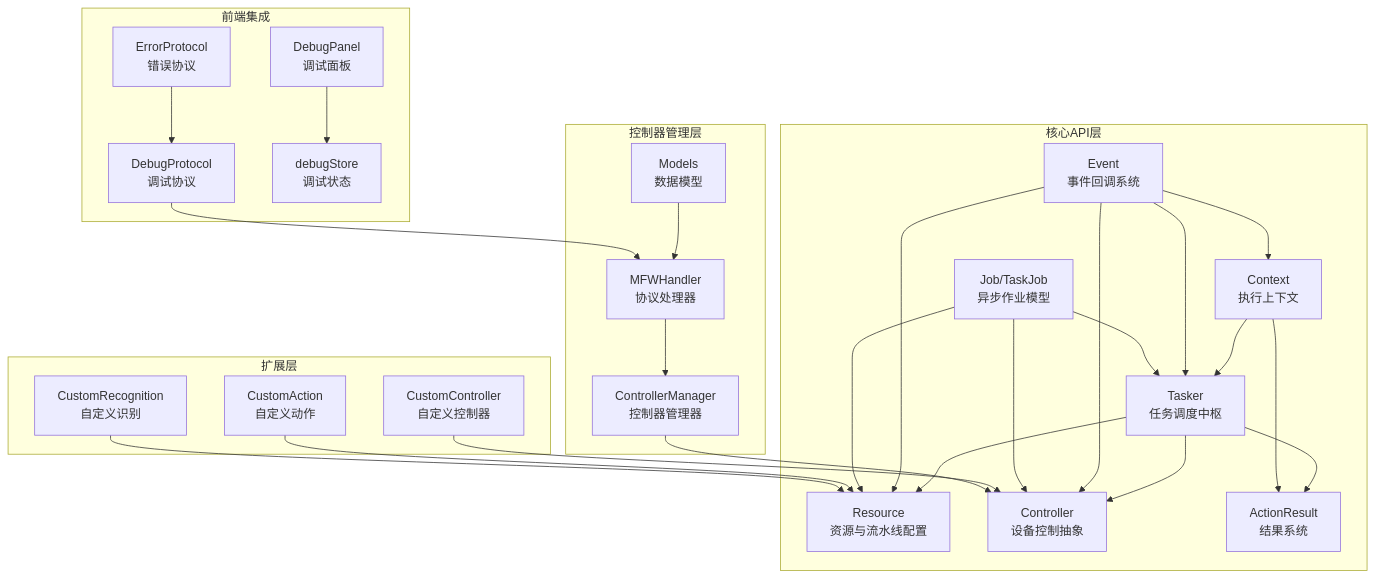
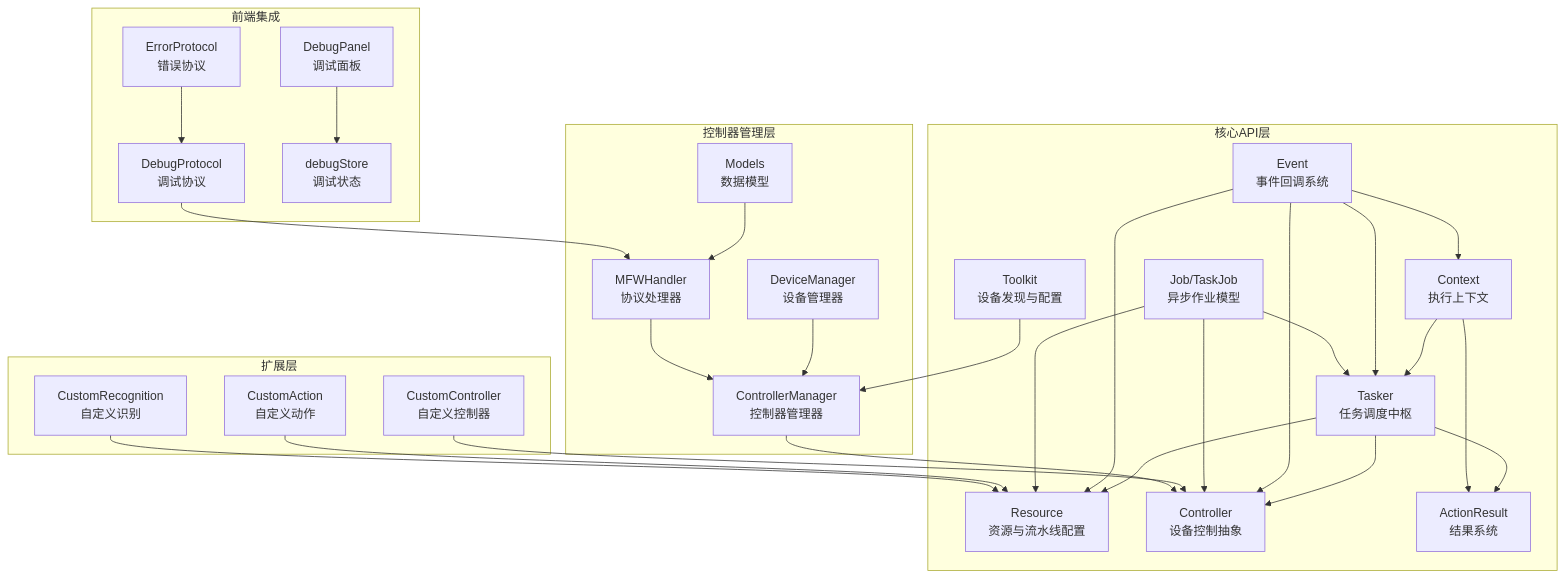
One commit to kqcoxn/MaaPipelineEditor changed the first of 11 diagrams in .qoder/repowiki/zh/content/API 参考/maafw-golang API 参考.md. Above: the diagram before and after it, drawn with Mermaid. The commit also changed other lines of this file and 9 other files, not shown here.

````diff
--- a/.qoder/repowiki/zh/content/API 参考/maafw-golang API 参考.md
+++ b/.qoder/repowiki/zh/content/API 参考/maafw-golang API 参考.md
@@ -66,49 +67,53 @@
 ```mermaid
 graph TB
 subgraph "核心API层"
 T["Tasker<br/>任务调度中枢"]
 R["Resource<br/>资源与流水线配置"]
 C["Controller<br/>设备控制抽象"]
 X["Context<br/>执行上下文"]
 E["Event<br/>事件回调系统"]
 J["Job/TaskJob<br/>异步作业模型"]
 AR["ActionResult<br/>结果系统"]
+TK["Toolkit<br/>设备发现与配置"]
 end
 subgraph "扩展层"
 CA["CustomAction<br/>自定义动作"]
 CR["CustomRecognition<br/>自定义识别"]
 CC["CustomController<br/>自定义控制器"]
 end
 subgraph "控制器管理层"
 CM["ControllerManager<br/>控制器管理器"]
+DM["DeviceManager<br/>设备管理器"]
 H["MFWHandler<br/>协议处理器"]
 M["Models<br/>数据模型"]
 end
 subgraph "前端集成"
 DP["DebugProtocol<br/>调试协议"]
 EP["ErrorProtocol<br/>错误协议"]
 DB["DebugPanel<br/>调试面板"]
 DS["debugStore<br/>调试状态"]
 end
 T --> R
 T --> C
 T --> AR
 X --> T
 X --> AR
 E --> T
 E --> R
 E --> C
 E --> X
 J --> T
 J --> R
 J --> C
 CA --> R
 CR --> R
 CC --> C
 CM --> C
+DM --> CM
 H --> CM
 M --> H
 DP --> H
 EP --> DP
 DB --> DS
+TK --> CM
 ```
````
